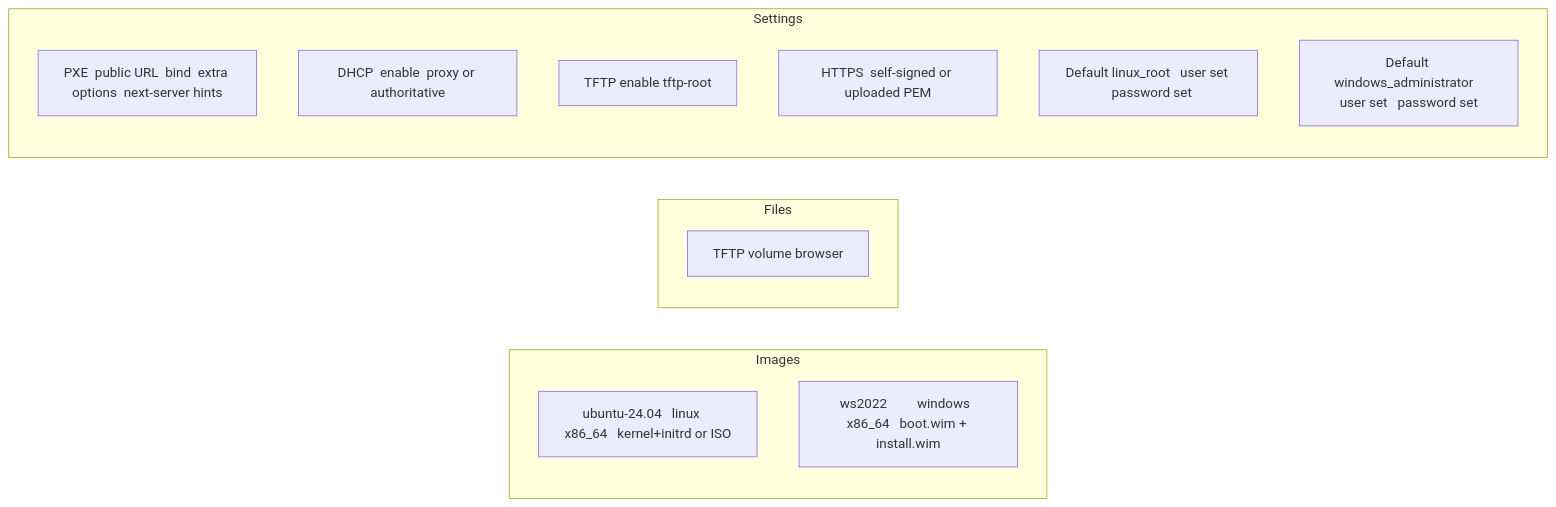
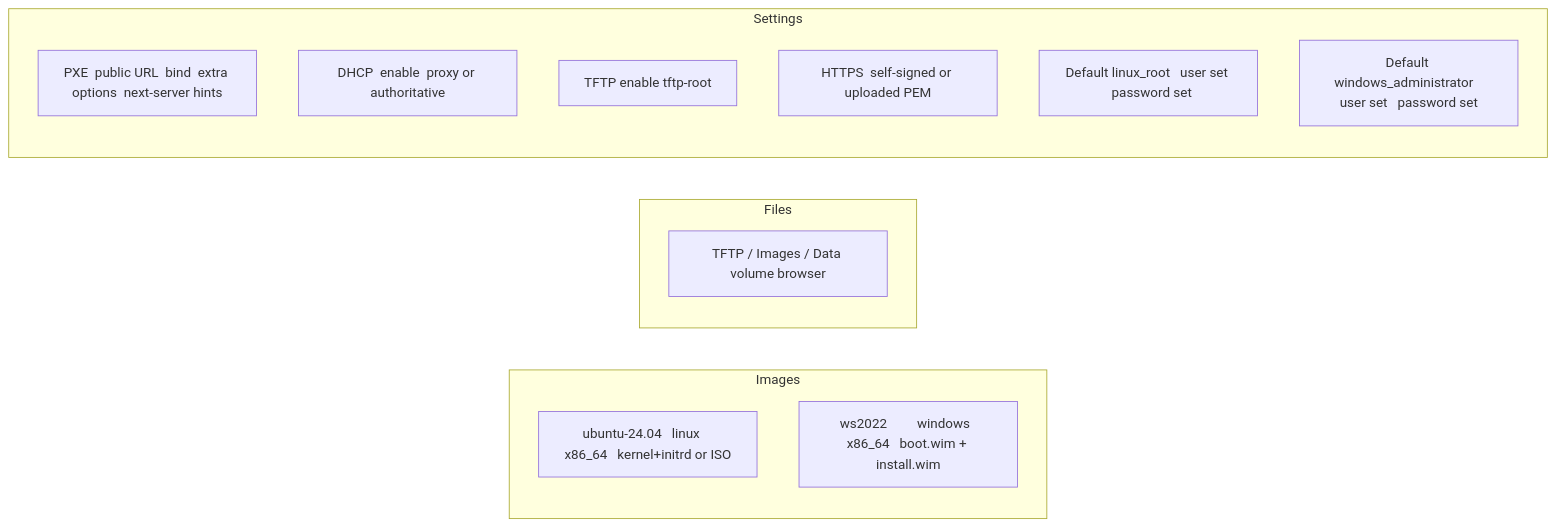
Diagram 14 of 24 in ARCHITECTURE.md (hometinker12/home-lab-pxe), drawn with Mermaid before and after one commit. The commit also changed other lines of this file and 21 other files, not shown here.

````diff
--- a/ARCHITECTURE.md
+++ b/ARCHITECTURE.md
@@ -318,18 +318,18 @@
 ```mermaid
 flowchart LR
   subgraph images["Images"]
     Limg["ubuntu-24.04   linux    x86_64   kernel+initrd or ISO"]
     Wimg["ws2022         windows  x86_64   boot.wim + install.wim"]
   end
   subgraph files["Files"]
-    Browser["TFTP volume browser"]
+    Browser["TFTP / Images / Data volume browser"]
   end
   subgraph settings["Settings"]
     Pxe["PXE  public URL  bind  extra options  next-server hints"]
     Dhcp["DHCP  enable  proxy or authoritative"]
     Tftp["TFTP  enable  tftp-root"]
     Tls["HTTPS  self-signed or uploaded PEM"]
     DefL["Default linux_root   user set   password set"]
     DefW["Default windows_administrator   user set   password set"]
   end
 ```
````
